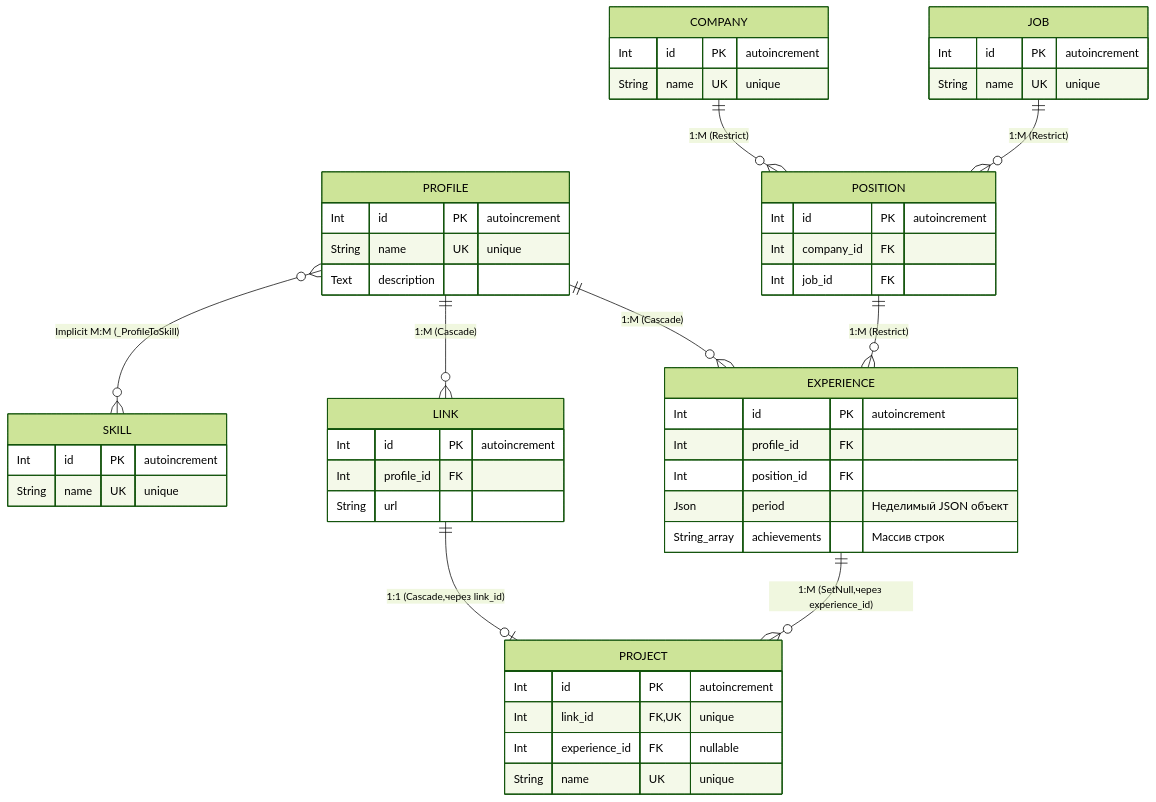
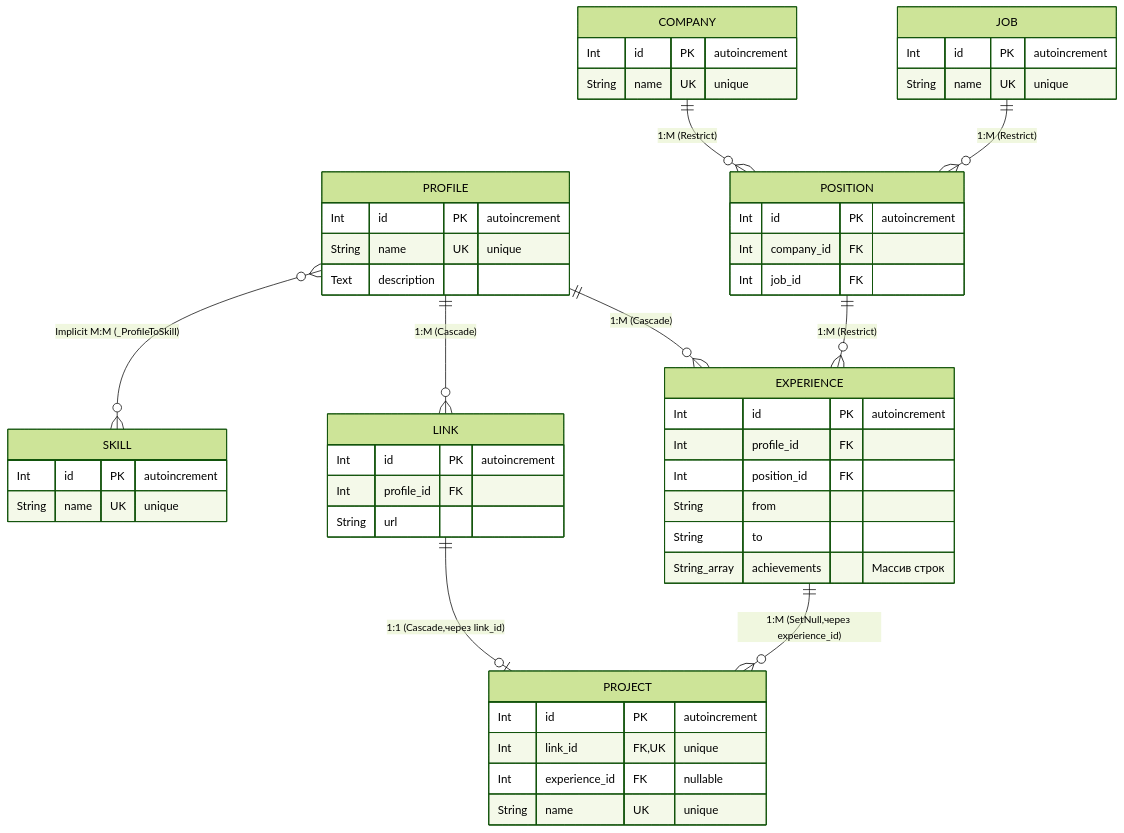
The diagram in README.md (skyshy0707/employee-digital-card), drawn with Mermaid (forest theme) before and after one commit. The commit also changed other lines of this file and 5 other files, not shown here.

Commit message:
Remove json field experience.period, add from to instead

````diff
--- a/README.md
+++ b/README.md
@@ -23,63 +23,64 @@
 ```mermaid
 erDiagram
     PROFILE {
         Int id PK "autoincrement"
         String name UK "unique"
         Text description
     }
 
     SKILL {
         Int id PK "autoincrement"
         String name UK "unique"
     }
 
     LINK {
         Int id PK "autoincrement"
         Int profile_id FK
         String url
     }
 
     COMPANY {
         Int id PK "autoincrement"
         String name UK "unique"
     }
 
     JOB {
         Int id PK "autoincrement"
         String name UK "unique"
     }
 
     POSITION {
         Int id PK "autoincrement"
         Int company_id FK
         Int job_id FK
     }
 
     EXPERIENCE {
         Int id PK "autoincrement"
         Int profile_id FK
         Int position_id FK
-        Json period "Неделимый JSON объект"
+        String from 
+        String to
         String_array achievements "Массив строк"
     }
 
     PROJECT {
         Int id PK "autoincrement"
         Int link_id FK,UK "unique"
         Int experience_id FK "nullable"
         String name UK "unique"
     }
 
     %% Описание связей с реляционной мощностью
     PROFILE ||--o{ LINK : "1:M (Cascade)"
     PROFILE }o--o{ SKILL : "Implicit M:M (_ProfileToSkill)"
     PROFILE ||--o{ EXPERIENCE : "1:M (Cascade)"
     
     COMPANY ||--o{ POSITION : "1:M (Restrict)"
     JOB ||--o{ POSITION : "1:M (Restrict)"
     
     POSITION ||--o{ EXPERIENCE : "1:M (Restrict)"
     
     LINK ||--o| PROJECT : "1:1 (Cascade,через link_id)"
     EXPERIENCE ||--o{ PROJECT : "1:M (SetNull,через experience_id)"
 ```
````
